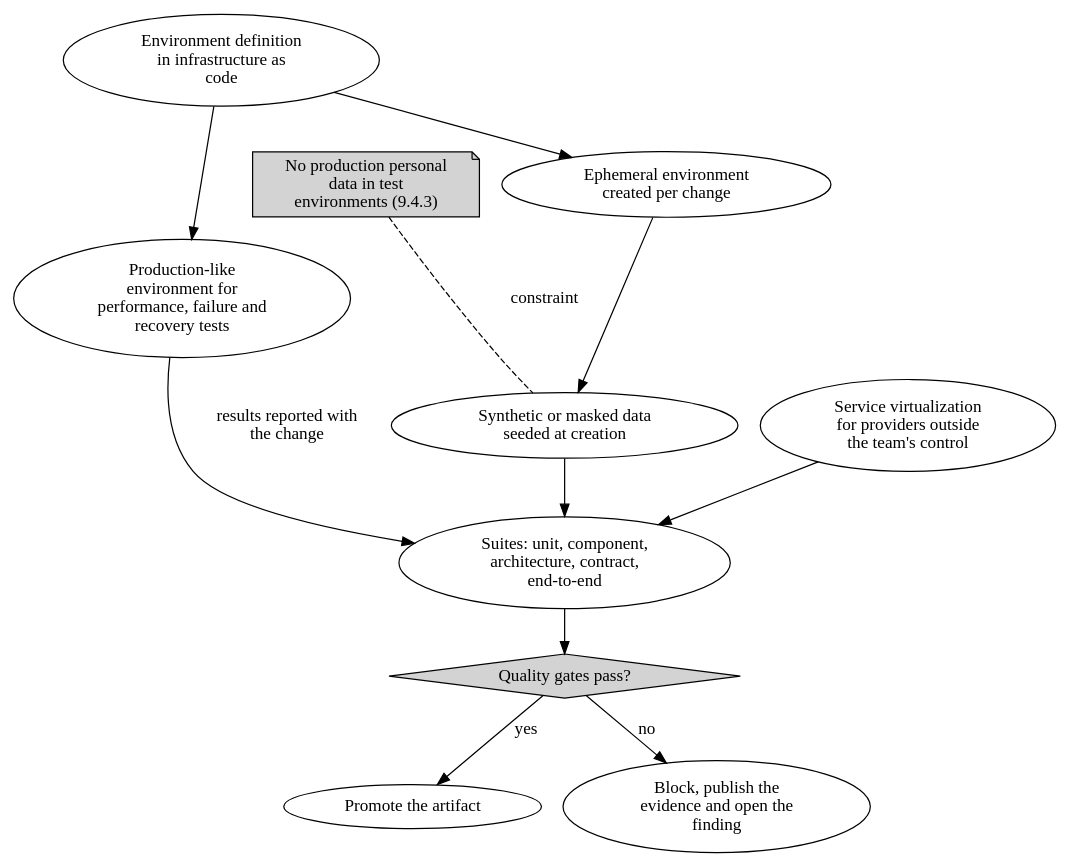
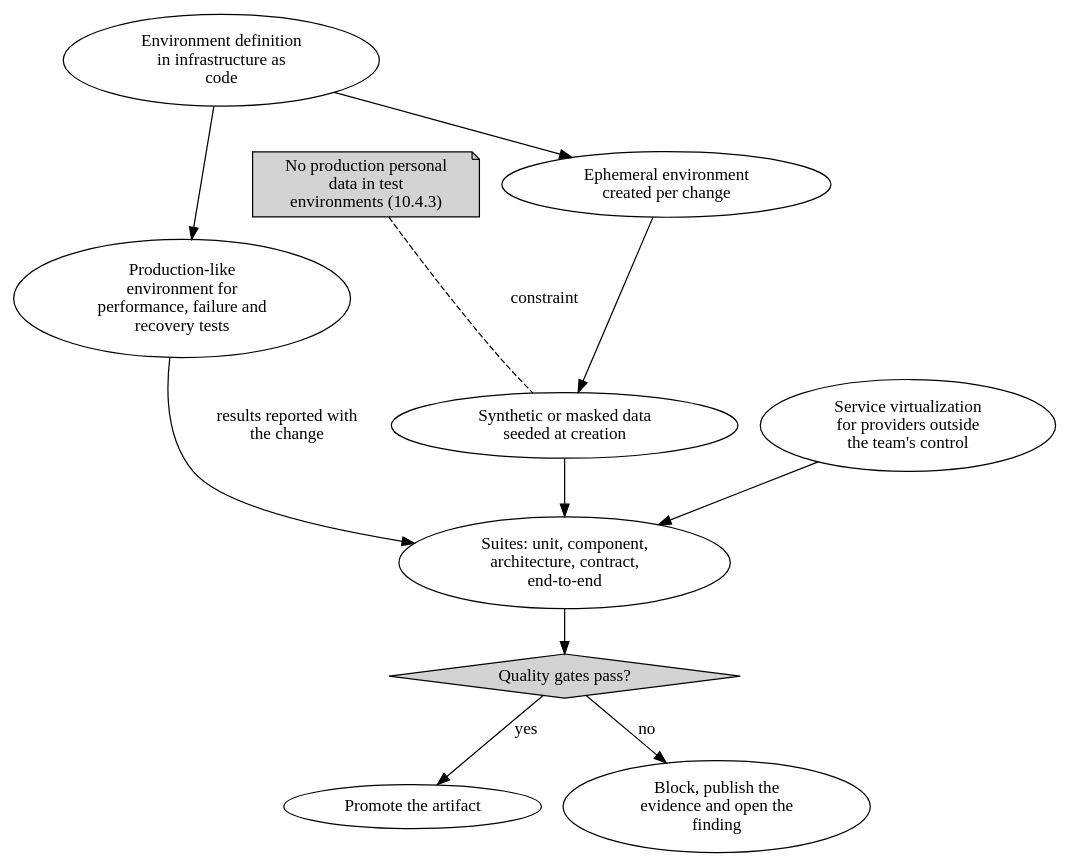
Before and after one commit to cesarcastrocuba/handbook-solutions-architecture: the diagram in assets/diagrams/src/ch12-test-environment-flow.dot, drawn with Graphviz. The commit also changed 49 other files, not shown here.

```diff
--- a/assets/diagrams/src/ch12-test-environment-flow.dot
+++ b/assets/diagrams/src/ch12-test-environment-flow.dot
@@ -1,21 +1,21 @@
 digraph G { 
 
  rankdir=TB;
  iac [label="Environment definition\nin infrastructure as\ncode"];
  eph [label="Ephemeral environment\ncreated per change"];
  data [label="Synthetic or masked data\nseeded at creation"];
  virt [label="Service virtualization\nfor providers outside\nthe team's control"];
  suites [label="Suites: unit, component,\narchitecture, contract,\nend-to-end"];
  gate [label="Quality gates pass?", shape=diamond, style="filled"];
  ok [label="Promote the artifact"];
  no [label="Block, publish the\nevidence and open the\nfinding"];
  prod [label="Production-like\nenvironment for\nperformance, failure and\nrecovery tests"];
- guard [label="No production personal\ndata in test\nenvironments (9.4.3)", shape=note, style="filled"];
+ guard [label="No production personal\ndata in test\nenvironments (10.4.3)", shape=note, style="filled"];
  iac->eph->data->suites->gate;
  virt->suites;
  iac->prod;
  prod->suites [label="results reported with\nthe change"];
  gate->ok [label="yes"];
  gate->no [label="no"];
  guard->data [style=dashed, arrowhead=none, label="constraint"];
 }
```
